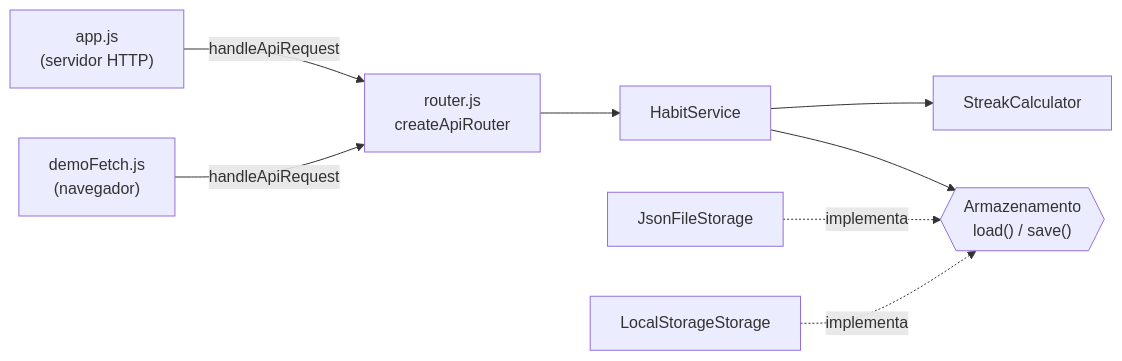
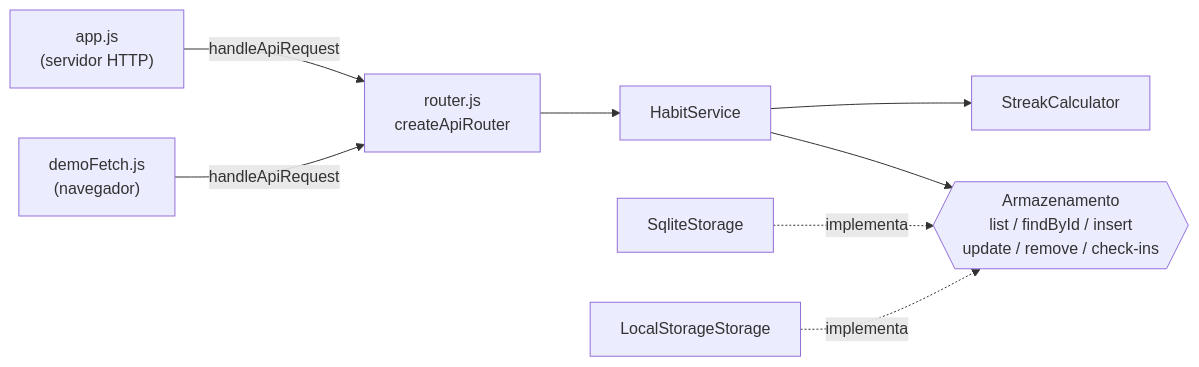
The second of 4 diagrams in docs/arquitetura-e-diagramas.md (Molimpion/habit-tracker), drawn with Mermaid before and after one commit. The commit also changed other lines of this file and 3 other files, not shown here.

````diff
--- a/docs/arquitetura-e-diagramas.md
+++ b/docs/arquitetura-e-diagramas.md
@@ -54,19 +54,19 @@
 ```mermaid
 flowchart LR
     App["app.js<br/>(servidor HTTP)"]
     DemoFetch["demoFetch.js<br/>(navegador)"]
     Router["router.js<br/>createApiRouter"]
     Service["HabitService"]
     Streak["StreakCalculator"]
-    Port{{"Armazenamento<br/>load() / save()"}}
-    FileStorage["JsonFileStorage"]
+    Port{{"Armazenamento<br/>list / findById / insert<br/>update / remove / check-ins"}}
+    FileStorage["SqliteStorage"]
     WebStorage["LocalStorageStorage"]
 
     App -->|"handleApiRequest"| Router
     DemoFetch -->|"handleApiRequest"| Router
     Router --> Service
     Service --> Streak
     Service --> Port
     FileStorage -.->|"implementa"| Port
     WebStorage -.->|"implementa"| Port
 ```
````
